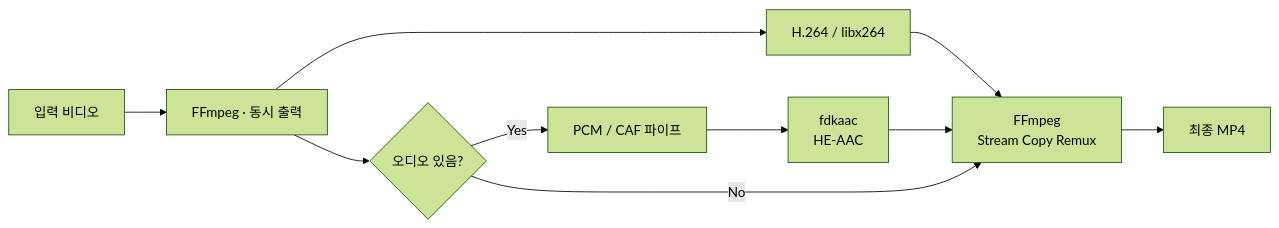
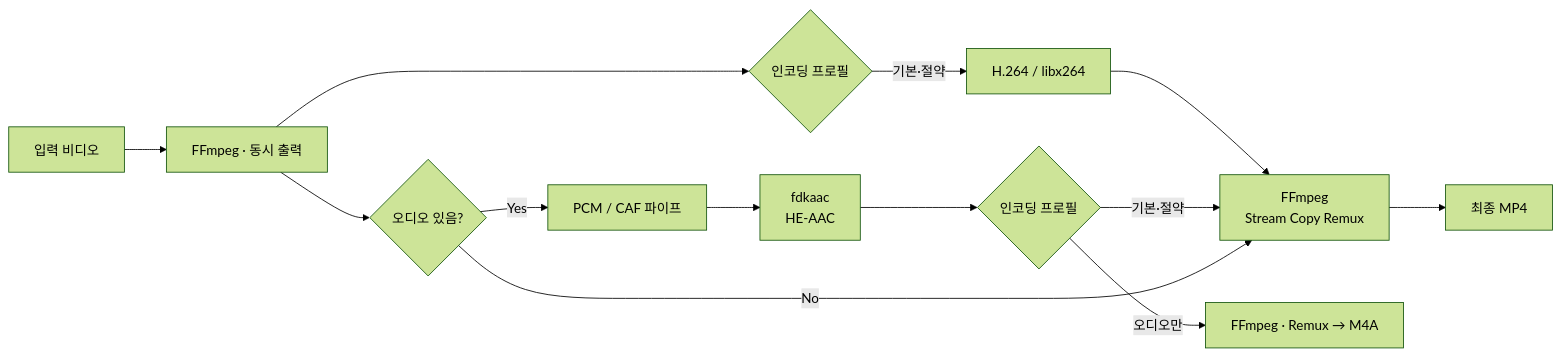
The diagram in README.md (12si27/127c-encoder), drawn with Mermaid (forest theme) before and after one commit. The commit also changed other lines of this file, not shown here.

````diff
--- a/README.md
+++ b/README.md
@@ -55,15 +64,18 @@
 ```mermaid
 flowchart LR
     A["입력 비디오"] --> X["FFmpeg · 동시 출력"]
-    X --> B["H.264 / libx264"]
+    X --> P{"인코딩 프로필"}
+    P -->|기본·절약| B["H.264 / libx264"]
     X --> C{"오디오 있음?"}
 
     C -->|Yes| D["PCM / CAF 파이프"]
     D --> E["fdkaac<br/>HE-AAC"]
 
     B --> F["FFmpeg<br/>Stream Copy Remux"]
-    E --> F
+    E --> R{"인코딩 프로필"}
+    R -->|기본·절약| F
+    R -->|오디오만| H["FFmpeg · Remux → M4A"]
     C -->|No| F
 
     F --> G["최종 MP4"]
 ```
````
